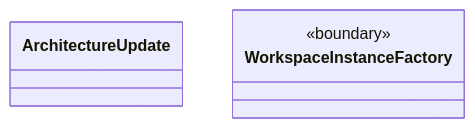
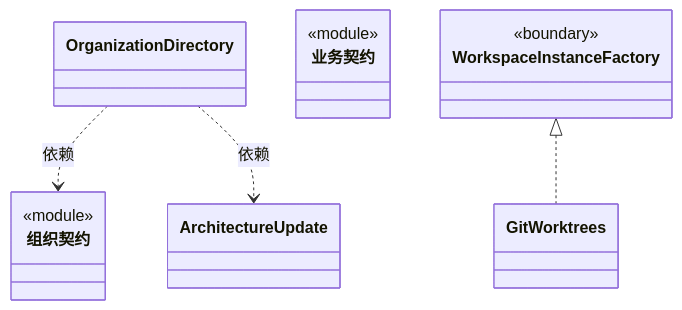
Before and after one commit to nan023062/cbim: the fifth of 6 diagrams in src/logic/projects/ARCHITECTURE.md, drawn with Mermaid. The commit also changed other lines of this file and 113 other files, not shown here.

````diff
--- a/src/logic/projects/ARCHITECTURE.md
+++ b/src/logic/projects/ARCHITECTURE.md
@@ -159,9 +157,24 @@
 ```mermaid
 classDiagram
+class N_7a3c42967149["组织契约"] {
+  <<module>>
+}
+click N_7a3c42967149 href "organization-contract.ts"
+class N_4486515099c0["OrganizationDirectory"]
+click N_4486515099c0 href "organization-directory.ts"
 class N_0894698bbef1["ArchitectureUpdate"]
 click N_0894698bbef1 href "architecture-update.ts"
+class N_0783345f8553["GitWorktrees"]
+click N_0783345f8553 href "git-worktrees.ts"
+class N_348660f3a092["业务契约"] {
+  <<module>>
+}
+click N_348660f3a092 href "business-contract.ts"
 class N_c26b7944d23b["WorkspaceInstanceFactory"] {
   <<boundary>>
 }
 click N_c26b7944d23b href "../../framework/business/workspace-instance.ts"
+N_c26b7944d23b <|.. N_0783345f8553
+N_4486515099c0 ..> N_7a3c42967149 : 依赖
+N_4486515099c0 ..> N_0894698bbef1 : 依赖
 ```
````
